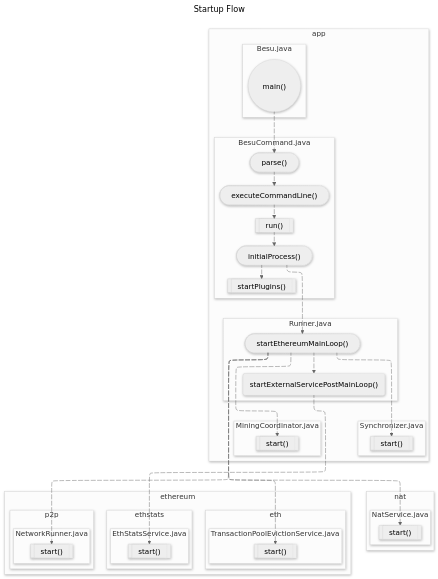
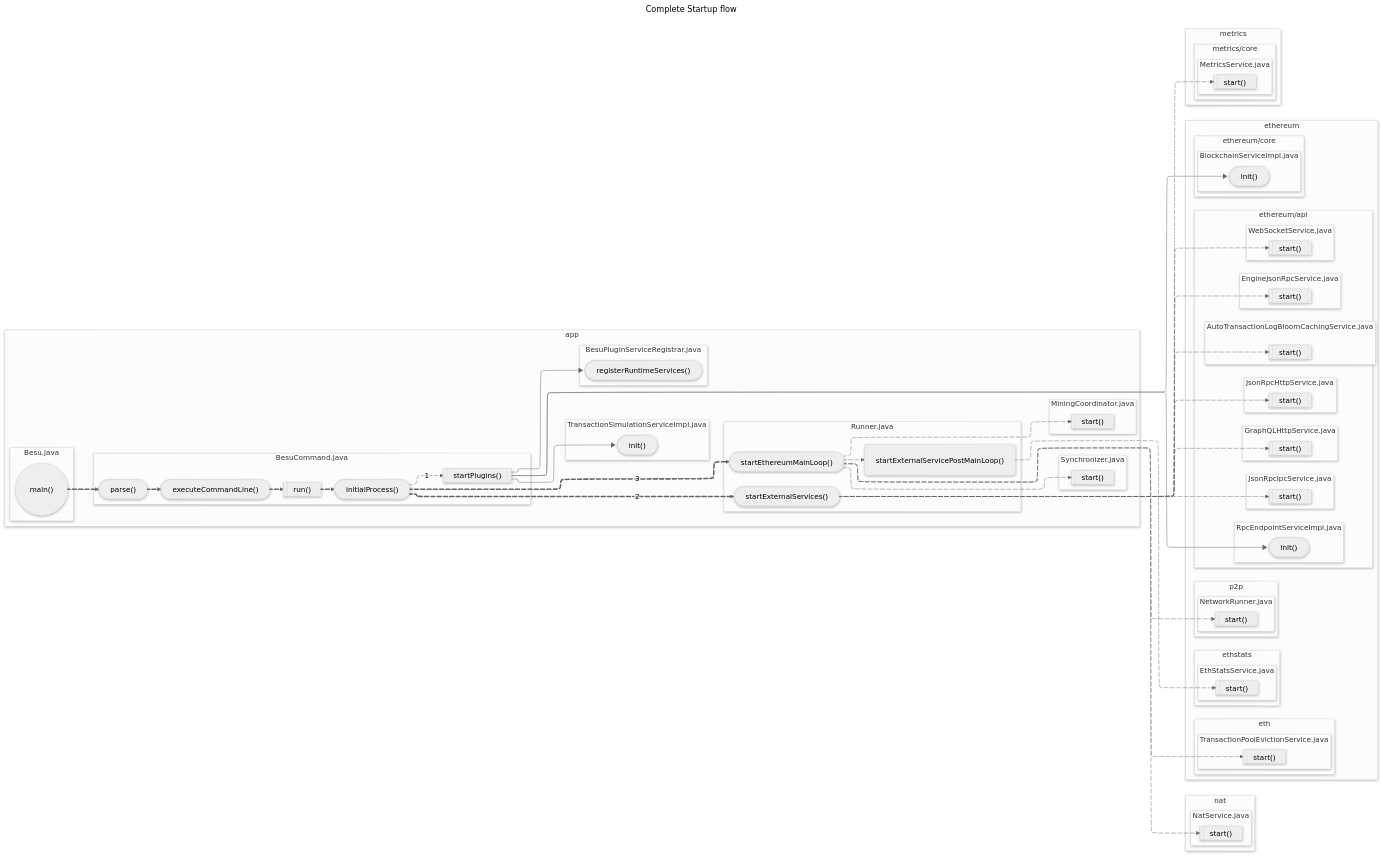
One commit to mimanshumaheshwari-zeeve/besu-flow-documentation changed the diagram in diagrams/startup/BESU-STARTUP-000-birdview.mmd. Above: the diagram before and after it, drawn with Mermaid. The commit also changed 5 other files, not shown here.

```diff
--- a/diagrams/startup/BESU-STARTUP-000-birdview.mmd
+++ b/diagrams/startup/BESU-STARTUP-000-birdview.mmd
@@ -1,104 +1,179 @@
 ---
-title: Startup Flow
+title: "Complete Startup flow"
 config:
   layout: elk
   htmlLabels: false
   theme: neutral
   look: neo
   elk:
     mergeEdges: true
     nodePlacementStrategy: LINEAR_SEGMENTS
     nodePlacementAlignment: BALANCED
     keepEntryNodeOnTop: true
   flowchart:
     defaultRenderer : elk
     wrappingWidth: 350
+    padding: 25
     inheritDir: false
+    nodeSpacing: 20
+    rankSpacing: 40
 ---
-flowchart TD
+flowchart LR
 
   %% nat module %%
   subgraph "nat"
     subgraph "NatService.java"
       nat_start[["`start()`"]]
     end
   end
 
   %% ethereum module %%
   subgraph ethereum 
+    subgraph "ethereum/api"
+      direction TD
+      subgraph "RpcEndpointServiceImpl.java"
+        rpcEndpointServiceImpl_init(["`init()`"])
+      end
+      subgraph "JsonRpcHttpService.java"
+        ethereum_api_json_rpc_http_service_start[["`start()`"]]
+      end
+      subgraph "EngineJsonRpcService.java"
+        ethereum_api_engine_api_service_start[["`start()`"]]
+      end
+      subgraph "GraphQLHttpService.java"
+        ethereum_api_grpahql_http_service_start[["`start()`"]]
+      end
+      subgraph "WebSocketService.java"
+        ethereum_api_websocket_service_start[["`start()`"]]
+      end
+      subgraph "JsonRpcIpcService.java"
+        ethereum_api_json_rpc_ipc_service_start[["`start()`"]]
+      end
+      subgraph "AutoTransactionLogBloomCachingService.java"
+        autotransactionlogbloomcachingservice_start[["`start()`"]]
+      end
+    end
+    subgraph "ethereum/core"
+      subgraph "BlockchainServiceImpl.java"
+        blockchain_service_impl_init(["`init()`"])
+      end
+    end
     %% p2p module %%
     subgraph p2p 
       subgraph "NetworkRunner.java"
         networkrunner_start[["`start()`"]]
       end
     end
     subgraph "eth"
       subgraph "TransactionPoolEvictionService.java"
         transactionPoolEvictionService_start[["`start()`"]]
       end
     end
     subgraph "ethstats"
       subgraph "EthStatsService.java"
         ethstatsservece_start[["`start()`"]]
       end
     end
   end
 
+  subgraph "metrics"
+    direction LR
+    subgraph "metrics/core"
+      subgraph "MetricsService.java"
+        metrics_service_start[["`start()`"]]
+      end
+    end
+  end
+
   %% app module %%
   subgraph "app"
+    subgraph BesuPluginServiceRegistrar.java 
+      registerRuntimeServices(["`registerRuntimeServices()`"])
+    end
+
+    subgraph "TransactionSimulationServiceImpl.java"
+      TransactionSimulationServiceImpl_init(["`init()`"])
+    end
 
     subgraph "Besu.java"
       main(("`main()`"))
     end
 
     subgraph "Runner.java"
       startEthereumMainLoop(["`startEthereumMainLoop()`"])
       startExternalServicePostMainLoop("`startExternalServicePostMainLoop()`")
+      startExternalServices(["`startExternalServices()`"])
       startEthereumMainLoop e6@--> startExternalServicePostMainLoop
     end
 
     subgraph "MiningCoordinator.java"
       mining_coordinator_start[["`start()`"]]
     end
 
     subgraph "Synchronizer.java"
       synchronizer_start[["`start()`"]]
     end
 
     subgraph BesuCommand.java 
       initialProcess(["`initialProcess()`"])
       parse(["`parse()`"])
       executeCommandLine(["`executeCommandLine()`"])
       run[["`run()`"]]
       startPlugins[["`startPlugins()`"]]
 
-      parse e2@--> executeCommandLine
-      executeCommandLine e3@--> run
-      run e4@--> initialProcess
-      initialProcess e11@--> startPlugins
+      parse e2@==> executeCommandLine
+      executeCommandLine e3@==> run
+      run e4@==> initialProcess
+      initialProcess e11@-->|1| startPlugins
     end
 
-    main e1@--> parse
-    initialProcess e5@--> startEthereumMainLoop
+    main e1@==> parse
+    initialProcess e5@==>|3| startEthereumMainLoop
+    initialProcess e14@==>|2| startExternalServices
     startEthereumMainLoop e9@--> nat_start
     startEthereumMainLoop e7@--> networkrunner_start
     startEthereumMainLoop e8@--> transactionPoolEvictionService_start
     startExternalServicePostMainLoop e10@--> ethstatsservece_start
     startEthereumMainLoop e12@--> mining_coordinator_start
     startEthereumMainLoop e13@--> synchronizer_start
+
+    startPlugins --> registerRuntimeServices
   end
+
+  startExternalServices e15@--> metrics_service_start
+  startExternalServices e16@--> ethereum_api_json_rpc_http_service_start
+  startExternalServices e17@--> ethereum_api_engine_api_service_start
+  startExternalServices e18@--> ethereum_api_grpahql_http_service_start
+  startExternalServices e19@--> ethereum_api_websocket_service_start
+  startExternalServices e20@--> ethereum_api_json_rpc_ipc_service_start
+  startExternalServices e21@--> autotransactionlogbloomcachingservice_start
+
+  startPlugins e23@--> TransactionSimulationServiceImpl_init
+  startPlugins e24@ --> rpcEndpointServiceImpl_init
+  startPlugins e22@--> blockchain_service_impl_init
 
 %% animate edges %%
 e1@{animate : true}
 e2@{animate : true}
 e3@{animate : true}
 e4@{animate : true}
 e5@{animate : true}
 e6@{animate : true}
 e7@{animate : true}
 e8@{animate : true}
 e9@{animate : true}
 e10@{animate : true}
 e11@{animate : true}
 e12@{animate : true}
 e13@{animate : true}
+e14@{animate : true}
+e15@{animate : true}
+e16@{animate : true}
+e17@{animate : true}
+e18@{animate : true}
+e19@{animate : true}
+e20@{animate : true}
+e21@{animate : true}
+e22@{animate : false}
+e23@{animate : false}
+e24@{animate : false}
```
